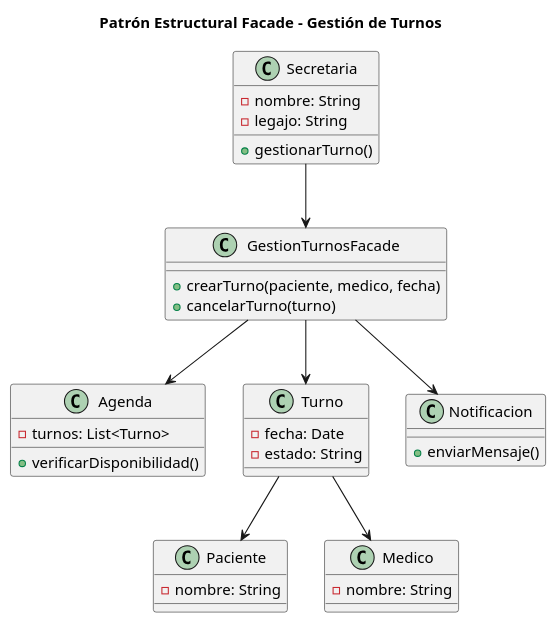
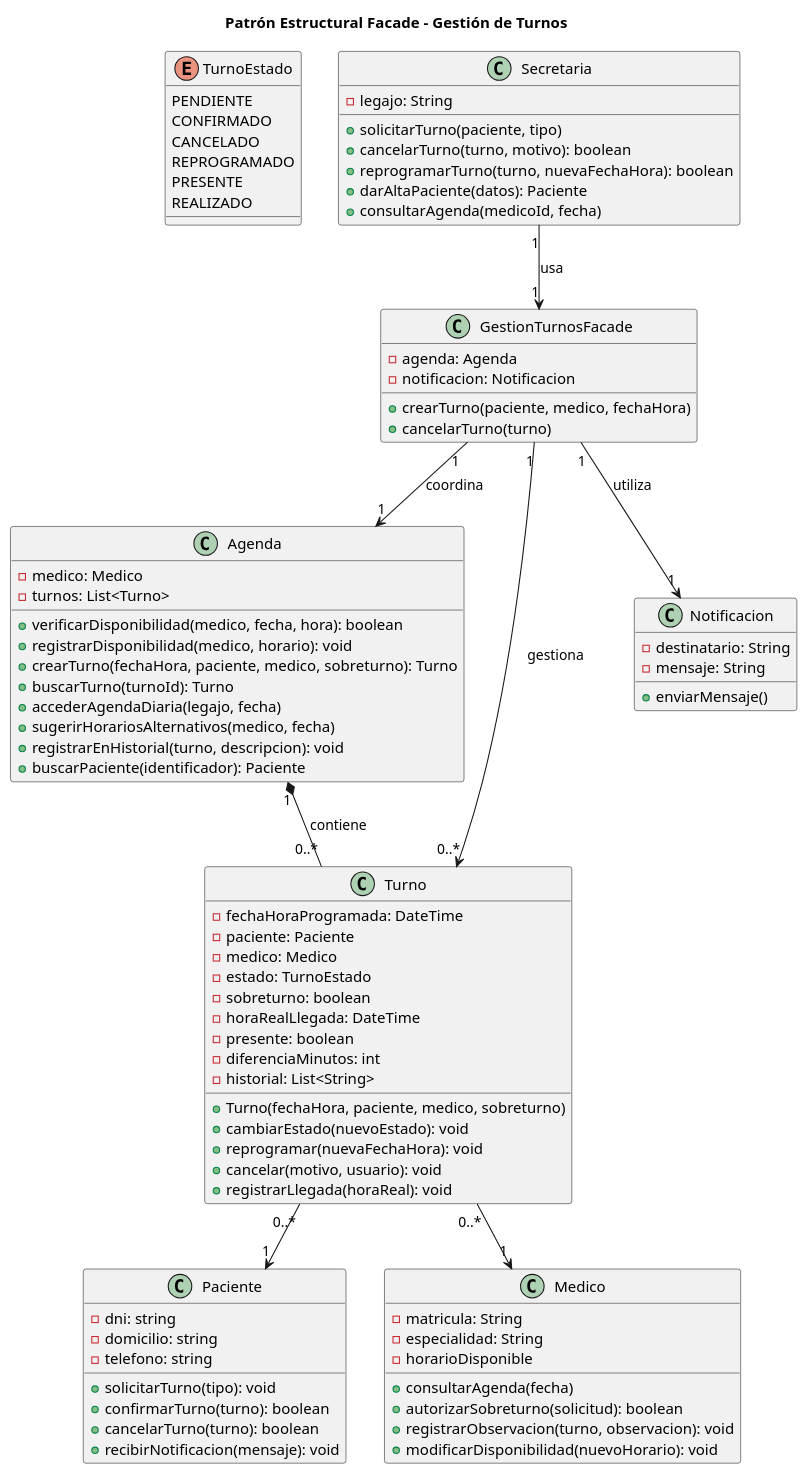
Before and after one commit to nataliacarreras96git/SistemaTurnosMedicos: the diagram in diagramas/01-diagrama-clases/01-patron-estructural-facade.puml, drawn with PlantUML. The commit also changed 3 other files, not shown here.

```diff
--- a/diagramas/01-diagrama-clases/01-patron-estructural-facade.puml
+++ b/diagramas/01-diagrama-clases/01-patron-estructural-facade.puml
@@ -1,64 +1,104 @@
 @startuml 01-patron-estructural-facade
 
 title Patrón Estructural Facade - Gestión de Turnos
 
+enum TurnoEstado {
+  PENDIENTE
+  CONFIRMADO
+  CANCELADO
+  REPROGRAMADO
+  PRESENTE
+  REALIZADO
+}
 
 class Secretaria {
-    -nombre: String
     -legajo: String
-    
-    +gestionarTurno()
+
+    +solicitarTurno(paciente, tipo)
+    +cancelarTurno(turno, motivo): boolean
+    +reprogramarTurno(turno, nuevaFechaHora): boolean
+    +darAltaPaciente(datos): Paciente
+    +consultarAgenda(medicoId, fecha)
 }
 
+class GestionTurnosFacade {
+    -agenda: Agenda
+    -notificacion: Notificacion
 
-class GestionTurnosFacade {
-
-    +crearTurno(paciente, medico, fecha)
+    +crearTurno(paciente, medico, fechaHora)
     +cancelarTurno(turno)
 }
 
+class Agenda {
+    -medico: Medico
+    -turnos: List<Turno>
 
-class Agenda {
-    - turnos: List<Turno>
-
-    +verificarDisponibilidad()
+    +verificarDisponibilidad(medico, fecha, hora): boolean
+    +registrarDisponibilidad(medico, horario): void
+    +crearTurno(fechaHora, paciente, medico, sobreturno): Turno
+    +buscarTurno(turnoId): Turno
+    +accederAgendaDiaria(legajo, fecha)
+    +sugerirHorariosAlternativos(medico, fecha)
+    +registrarEnHistorial(turno, descripcion): void
+    +buscarPaciente(identificador): Paciente
 }
 
+class Turno {
+    -fechaHoraProgramada: DateTime
+    -paciente: Paciente
+    -medico: Medico
+    -estado: TurnoEstado
+    -sobreturno: boolean
+    -horaRealLlegada: DateTime
+    -presente: boolean
+    -diferenciaMinutos: int
+    -historial: List<String>
 
-class Turno {
-
-    -fecha: Date
-    -estado: String
-
+    +Turno(fechaHora, paciente, medico, sobreturno)
+    +cambiarEstado(nuevoEstado): void
+    +reprogramar(nuevaFechaHora): void
+    +cancelar(motivo, usuario): void
+    +registrarLlegada(horaReal): void
 }
 
+class Paciente {
+    -dni: string
+    -domicilio: string
+    -telefono: string
 
-class Paciente {
-
-    -nombre: String
+    +solicitarTurno(tipo): void
+    +confirmarTurno(turno): boolean
+    +cancelarTurno(turno): boolean
+    +recibirNotificacion(mensaje): void
 }
 
+class Medico {
+    -matricula: String
+    -especialidad: String
+    -horarioDisponible
 
-class Medico {
-
-    -nombre: String
+    +consultarAgenda(fecha)
+    +autorizarSobreturno(solicitud): boolean
+    +registrarObservacion(turno, observacion): void
+    +modificarDisponibilidad(nuevoHorario): void
 }
 
-
 class Notificacion {
+    -destinatario: String
+    -mensaje: String
 
     +enviarMensaje()
 }
 
+Secretaria "1" --> "1" GestionTurnosFacade : usa
 
-Secretaria --> GestionTurnosFacade
+GestionTurnosFacade "1" --> "1" Agenda : coordina
+GestionTurnosFacade "1" --> "0..*" Turno : gestiona
+GestionTurnosFacade "1" --> "1" Notificacion : utiliza
 
-GestionTurnosFacade --> Agenda
-GestionTurnosFacade --> Turno
-GestionTurnosFacade --> Notificacion
+Agenda "1" *-- "0..*" Turno : contiene
 
-Turno --> Paciente
-Turno --> Medico
-
+Turno "0..*" --> "1" Paciente
+Turno "0..*" --> "1" Medico
 
 @enduml
```
